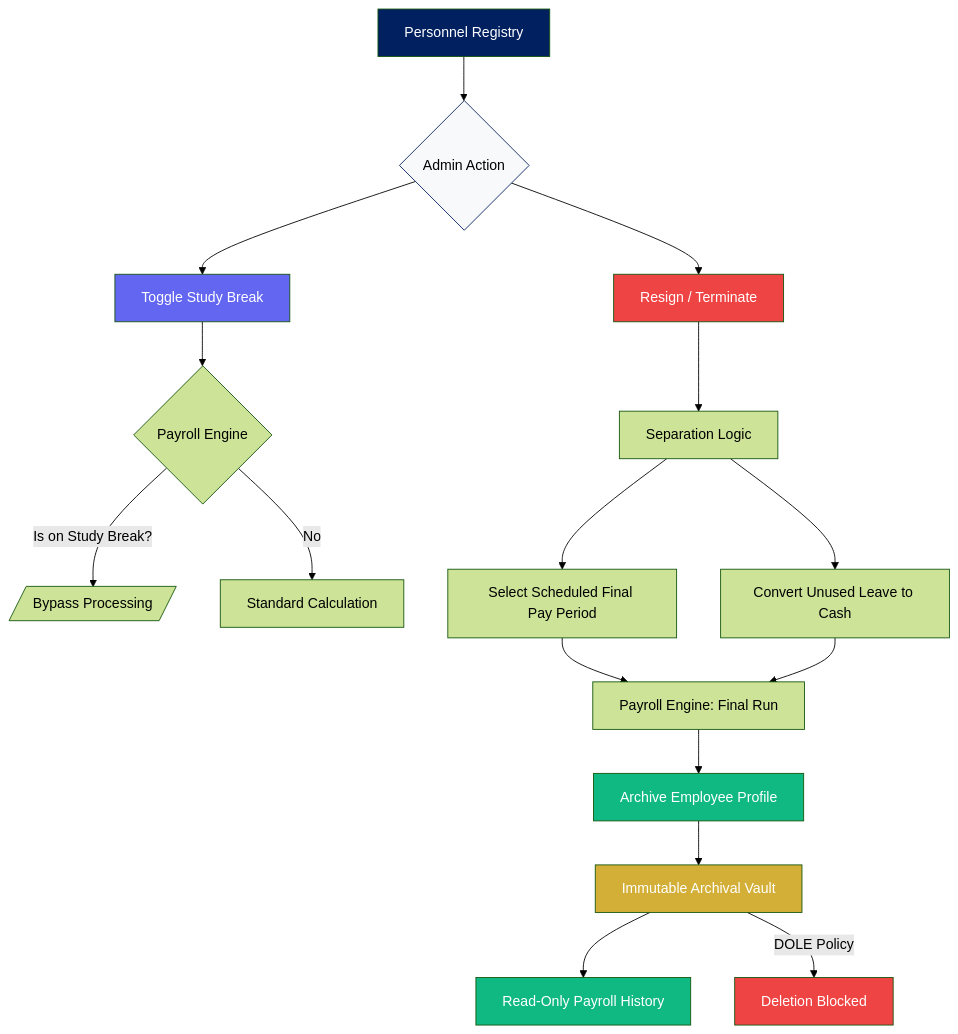
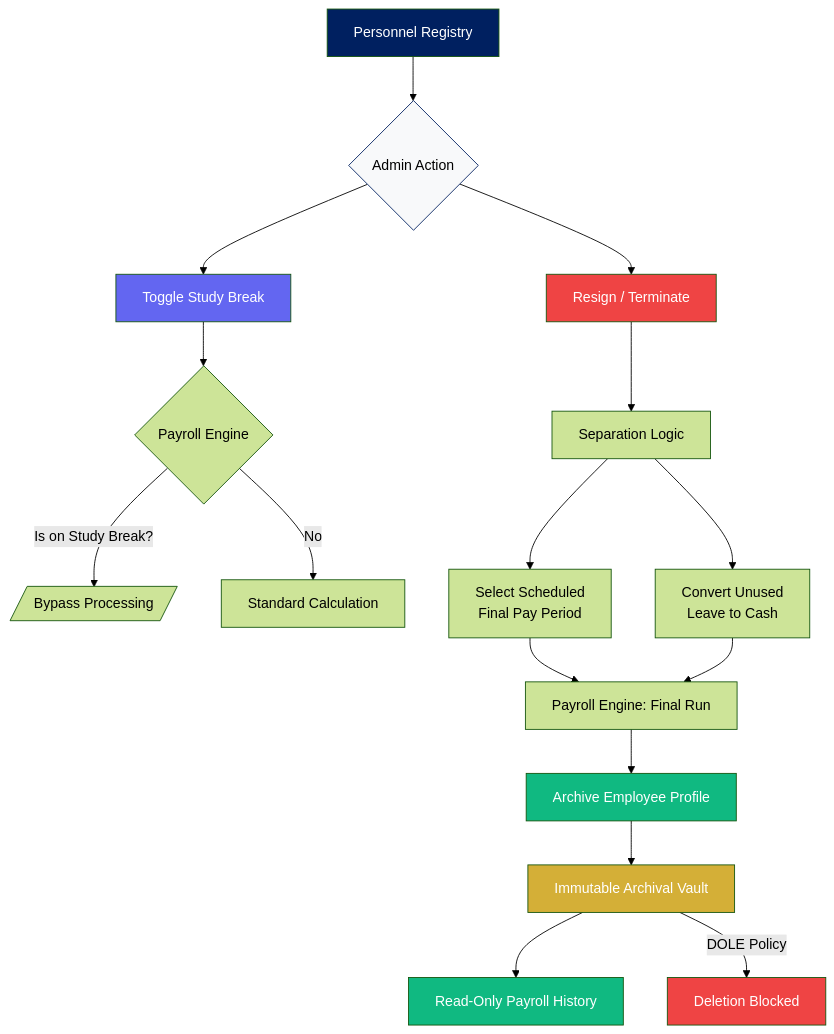
Before and after one commit to binssente-crypto/PAYROLL-DOCUMENTATION: the tenth of 18 diagrams in README.md, drawn with Mermaid (forest theme). The commit also changed other lines of this file, not shown here.

````diff
--- a/README.md
+++ b/README.md
@@ -342,32 +342,32 @@
 ```mermaid
 flowchart TD
     REGISTRY[Personnel Registry] --> ACTION{Admin Action}
     
     ACTION --> STUDY[Toggle Study Break]
     STUDY --> PAY_GATE{Payroll Engine}
     PAY_GATE -- "Is on Study Break?" --> SKIP[/Bypass Processing/]
     PAY_GATE -- "No" --> PROC[Standard Calculation]
     
     ACTION --> SEP[Resign / Terminate]
     SEP --> DIALOG[Separation Logic]
     
-    DIALOG --> PERIOD[Select Scheduled Final Pay Period]
-    DIALOG --> LEAVE[Convert Unused Leave to Cash]
+    DIALOG --> PERIOD["Select Scheduled<br/>Final Pay Period"]
+    DIALOG --> LEAVE["Convert Unused<br/>Leave to Cash"]
     
     PERIOD --> ENGINE[Payroll Engine: Final Run]
     LEAVE --> ENGINE
     
     ENGINE --> ARCHIVE[Archive Employee Profile]
     ARCHIVE --> VAULT[Immutable Archival Vault]
     VAULT --> HISTORY[Read-Only Payroll History]
     VAULT -- "DOLE Policy" --> PROTECT[Deletion Blocked]
 
     style REGISTRY fill:#002060,color:#fff
     style ACTION fill:#f8f9fa,stroke:#002060
     style STUDY fill:#6366f1,color:#fff
     style SEP fill:#ef4444,color:#fff
     style ARCHIVE fill:#10b981,color:#fff
     style VAULT fill:#D4AF37,color:#fff
     style PROTECT fill:#ef4444,color:#fff
     style HISTORY fill:#10b981,color:#fff
 ```
````
